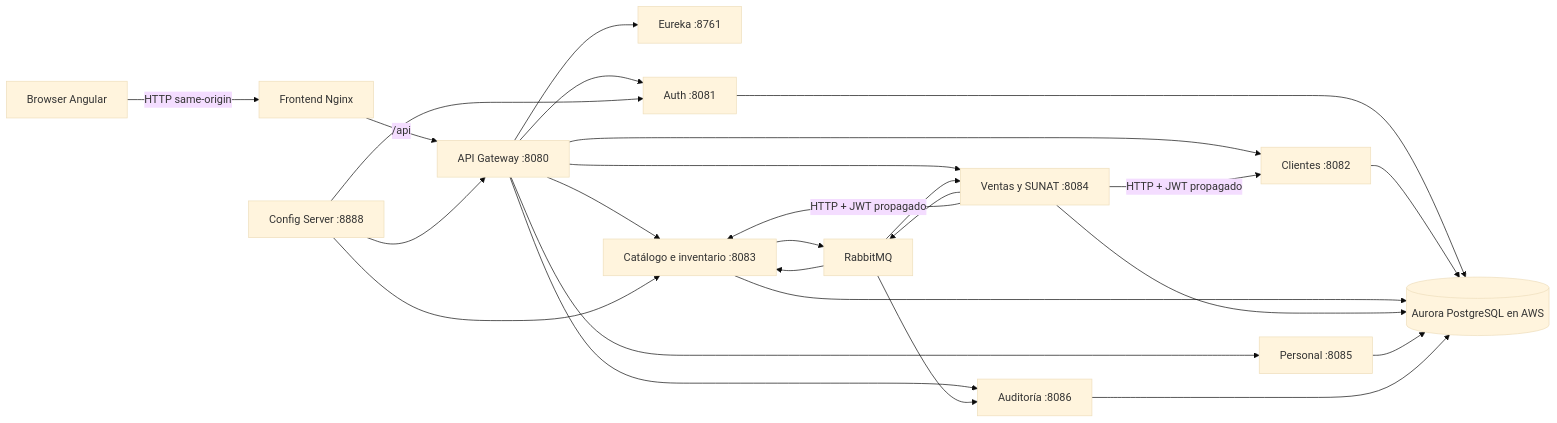
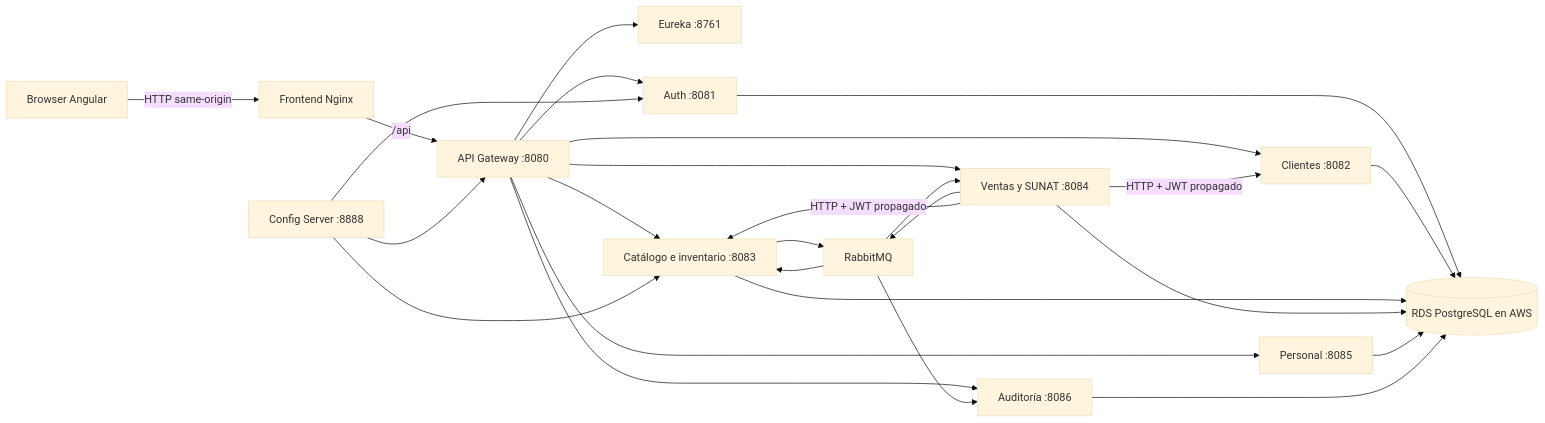
The diagram in docs/guia-tecnica-llm.md (elMarce2007/Kipusalud), drawn with Mermaid (base theme) before and after one commit. The commit also changed other lines of this file and 9 other files, not shown here.

First line of the commit message:
docs: describe the database as RDS PostgreSQL, not Aurora

````diff
--- a/docs/guia-tecnica-llm.md
+++ b/docs/guia-tecnica-llm.md
@@ -46,28 +46,28 @@
 ```mermaid
 flowchart LR
   Browser[Browser Angular] -->|HTTP same-origin| Nginx[Frontend Nginx]
   Nginx -->|/api| Gateway[API Gateway :8080]
   Gateway --> Eureka[Eureka :8761]
   Gateway --> Auth[Auth :8081]
   Gateway --> Customer[Clientes :8082]
   Gateway --> Catalog[Catálogo e inventario :8083]
   Gateway --> Sales[Ventas y SUNAT :8084]
   Gateway --> Staff[Personal :8085]
   Gateway --> Audit[Auditoría :8086]
-  Auth --> DB[(Aurora PostgreSQL en AWS)]
+  Auth --> DB[(RDS PostgreSQL en AWS)]
   Customer --> DB
   Catalog --> DB
   Sales --> DB
   Staff --> DB
   Audit --> DB
   Catalog --> Rabbit[RabbitMQ]
   Sales --> Rabbit
   Rabbit --> Audit
   Rabbit --> Catalog
   Rabbit --> Sales
   Sales -->|HTTP + JWT propagado| Catalog
   Sales -->|HTTP + JWT propagado| Customer
   Config[Config Server :8888] --> Gateway
   Config --> Auth
   Config --> Catalog
 ```
````
